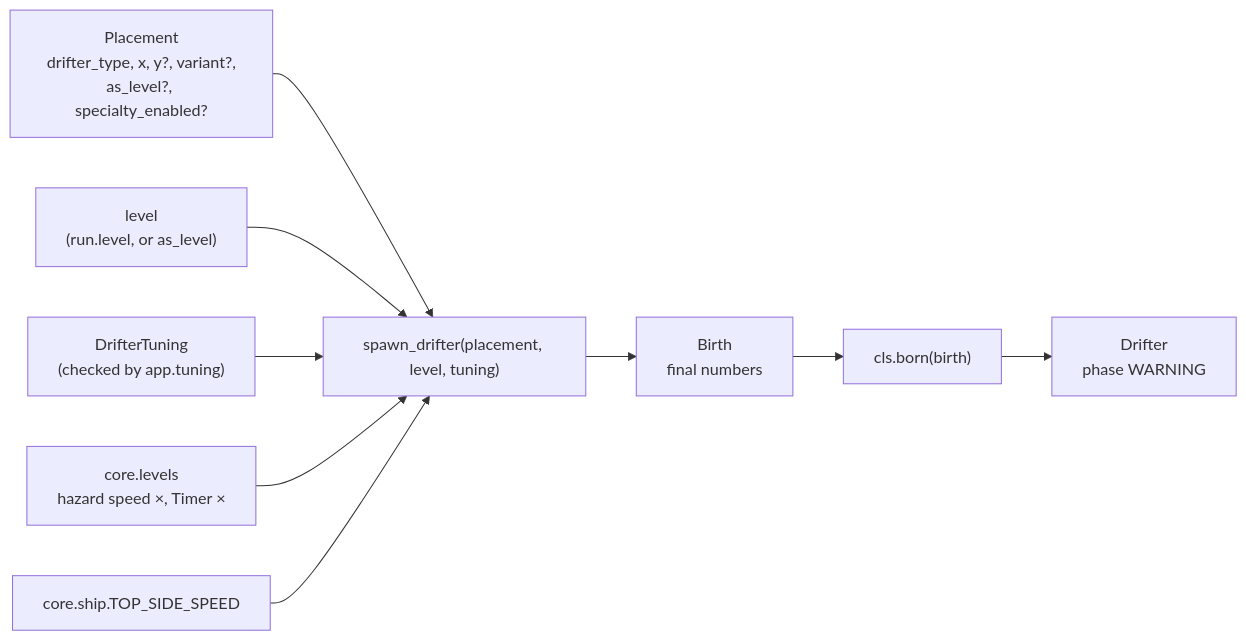
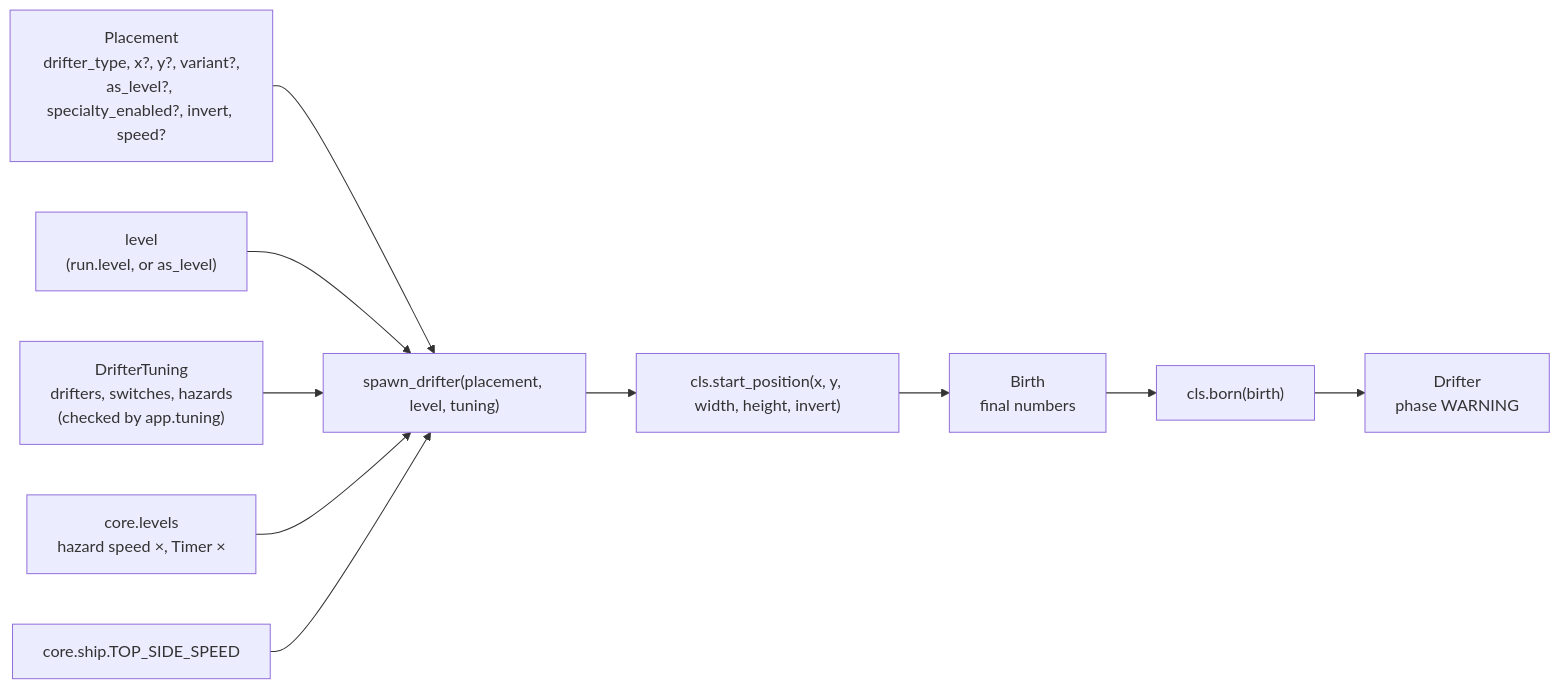
The fourth of 5 diagrams in docs/contracts/systems/drifters.md (david-mntl/driftward-ace), drawn with Mermaid before and after one commit. The commit also changed other lines of this file and 13 other files, not shown here.

Commit message:
docs(contracts): add satellite, hazards and debug spawn list schemas, update drifters, run and app specs, add DRA-39 tasks

````diff
--- a/docs/contracts/systems/drifters.md
+++ b/docs/contracts/systems/drifters.md
@@ -69,9 +101,10 @@
 ```mermaid
 flowchart LR
-  P["Placement<br/>drifter_type, x, y?, variant?,<br/>as_level?, specialty_enabled?"] --> S["spawn_drifter(placement, level, tuning)"]
+  P["Placement<br/>drifter_type, x?, y?, variant?,<br/>as_level?, specialty_enabled?, invert, speed?"] --> S["spawn_drifter(placement, level, tuning)"]
   L["level<br/>(run.level, or as_level)"] --> S
-  T["DrifterTuning<br/>(checked by app.tuning)"] --> S
+  T["DrifterTuning<br/>drifters, switches, hazards<br/>(checked by app.tuning)"] --> S
   LV["core.levels<br/>hazard speed ×, Timer ×"] --> S
   SH["core.ship.TOP_SIDE_SPEED"] --> S
-  S --> B["Birth<br/>final numbers"] --> C["cls.born(birth)"] --> O["Drifter<br/>phase WARNING"]
+  S --> SP["cls.start_position(x, y, width, height, invert)"]
+  SP --> B["Birth<br/>final numbers"] --> C["cls.born(birth)"] --> O["Drifter<br/>phase WARNING"]
 ```
````
